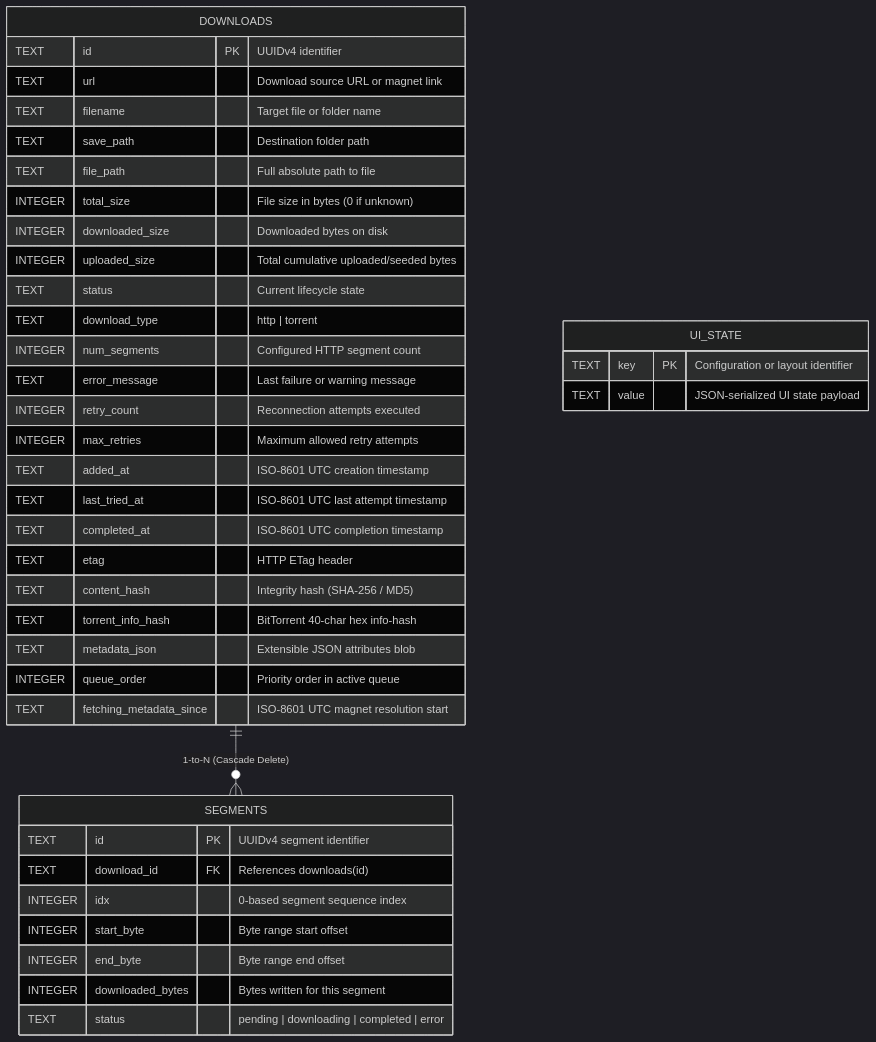
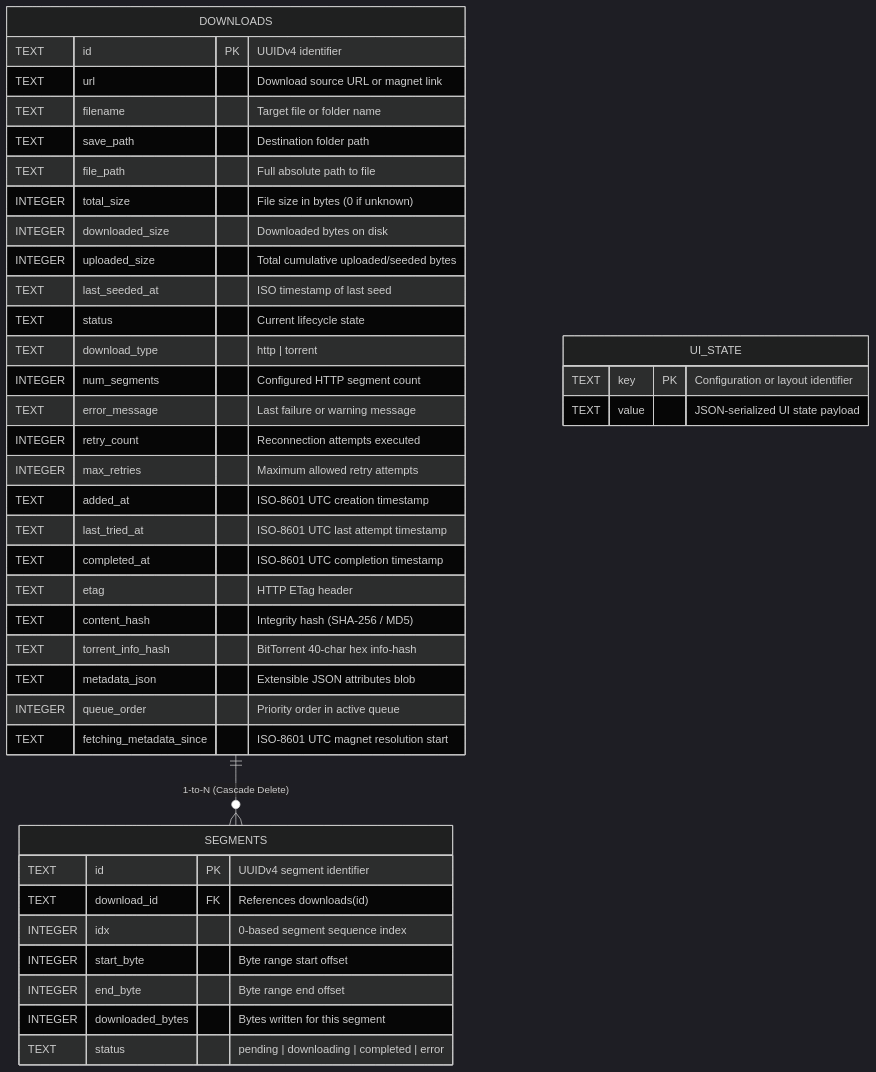
Before and after one commit to rakeshmalik91/my-idm: the diagram in docs/architecture/database.md, drawn with Mermaid (dark theme). The commit also changed other lines of this file and 16 other files, not shown here.

First line of the commit message:
feat: add Last Seeded and Source columns to the downloads table

````diff
--- a/docs/architecture/database.md
+++ b/docs/architecture/database.md
@@ -27,45 +27,46 @@
 ```mermaid
 erDiagram
     DOWNLOADS ||--o{ SEGMENTS : "1-to-N (Cascade Delete)"
     
     DOWNLOADS {
         TEXT id PK "UUIDv4 identifier"
         TEXT url "Download source URL or magnet link"
         TEXT filename "Target file or folder name"
         TEXT save_path "Destination folder path"
         TEXT file_path "Full absolute path to file"
         INTEGER total_size "File size in bytes (0 if unknown)"
         INTEGER downloaded_size "Downloaded bytes on disk"
-        INTEGER uploaded_size "Total cumulative uploaded/seeded bytes"
+         INTEGER uploaded_size "Total cumulative uploaded/seeded bytes"
+         TEXT last_seeded_at "ISO timestamp of last seed"
         TEXT status "Current lifecycle state"
         TEXT download_type "http | torrent"
         INTEGER num_segments "Configured HTTP segment count"
         TEXT error_message "Last failure or warning message"
         INTEGER retry_count "Reconnection attempts executed"
         INTEGER max_retries "Maximum allowed retry attempts"
         TEXT added_at "ISO-8601 UTC creation timestamp"
         TEXT last_tried_at "ISO-8601 UTC last attempt timestamp"
         TEXT completed_at "ISO-8601 UTC completion timestamp"
         TEXT etag "HTTP ETag header"
         TEXT content_hash "Integrity hash (SHA-256 / MD5)"
         TEXT torrent_info_hash "BitTorrent 40-char hex info-hash"
         TEXT metadata_json "Extensible JSON attributes blob"
         INTEGER queue_order "Priority order in active queue"
         TEXT fetching_metadata_since "ISO-8601 UTC magnet resolution start"
     }
 
     SEGMENTS {
         TEXT id PK "UUIDv4 segment identifier"
         TEXT download_id FK "References downloads(id)"
         INTEGER idx "0-based segment sequence index"
         INTEGER start_byte "Byte range start offset"
         INTEGER end_byte "Byte range end offset"
         INTEGER downloaded_bytes "Bytes written for this segment"
         TEXT status "pending | downloading | completed | error"
     }
 
     UI_STATE {
         TEXT key PK "Configuration or layout identifier"
         TEXT value "JSON-serialized UI state payload"
     }
 ```
````
